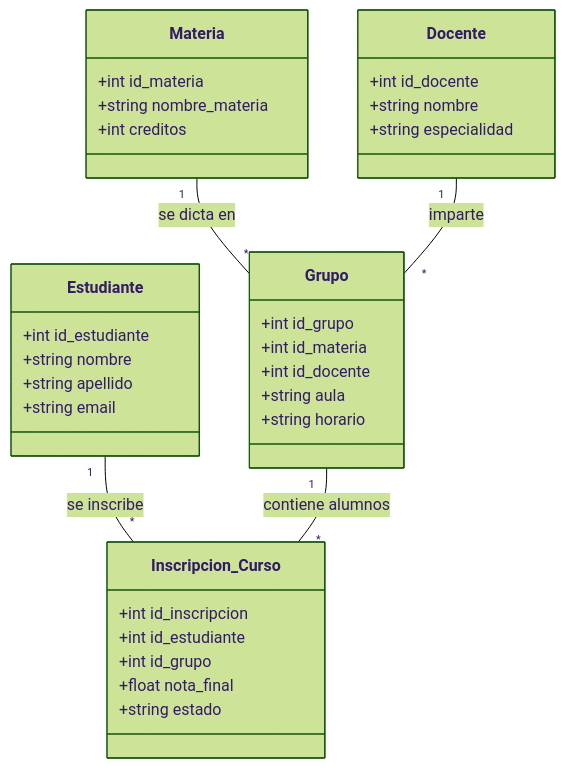
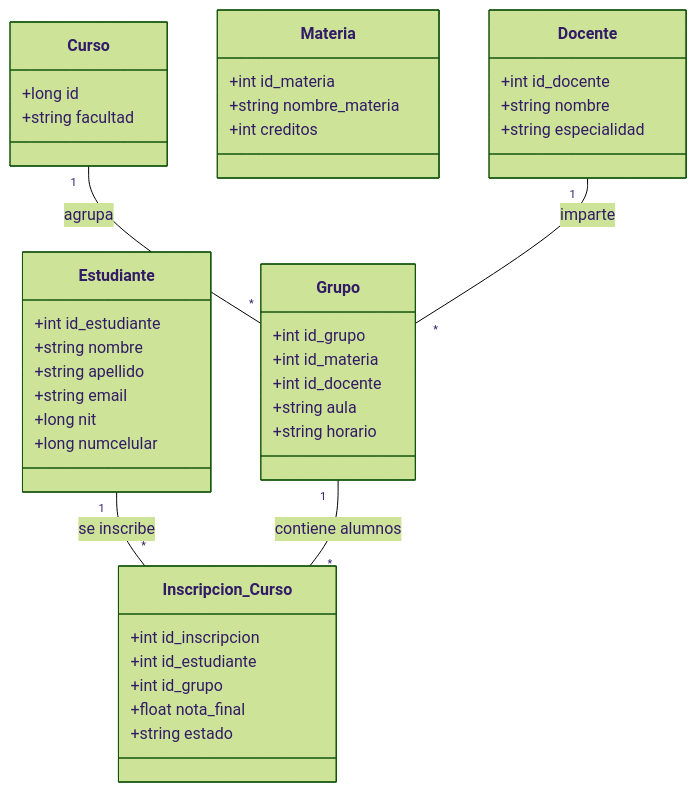
One commit to Gcarlos20/sistema-academico-mvc-202602 changed the first of 2 diagrams in README.md. Above: the diagram before and after it, drawn with Mermaid (forest theme). The commit also changed other lines of this file and 33 other files, not shown here.

````diff
--- a/README.md
+++ b/README.md
@@ -7,42 +7,49 @@
 ```mermaid
 classDiagram
     class Estudiante {
         +int id_estudiante
         +string nombre
         +string apellido
         +string email
+        +long nit
+        +long numcelular
     }
 
     class Docente {
         +int id_docente
         +string nombre
         +string especialidad
     }
 
     class Materia {
         +int id_materia
         +string nombre_materia
         +int creditos
     }
 
     class Grupo {
         +int id_grupo
         +int id_materia
         +int id_docente
         +string aula
         +string horario
     }
 
     class Inscripcion_Curso {
         +int id_inscripcion
         +int id_estudiante
         +int id_grupo
         +float nota_final
         +string estado
     }
 
+    class Curso {
+        +long id
+        +string facultad
+    }
+
     Estudiante "1" -- "*" Inscripcion_Curso : se inscribe
     Grupo "1" -- "*" Inscripcion_Curso : contiene alumnos
-    Materia "1" -- "*" Grupo : se dicta en
+    Curso "1" -- "*" Grupo : agrupa
     Docente "1" -- "*" Grupo : imparte
 ```
````
